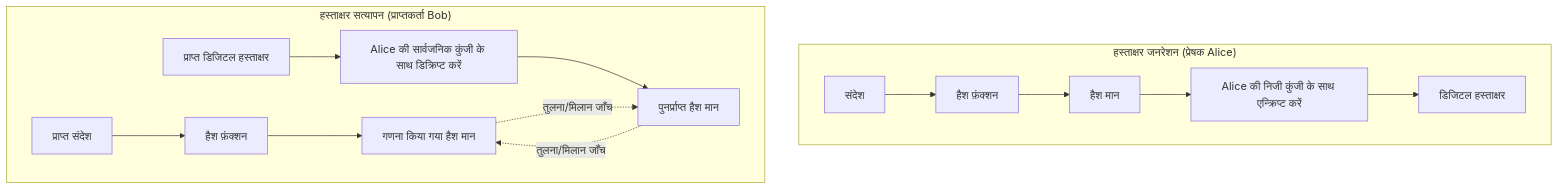
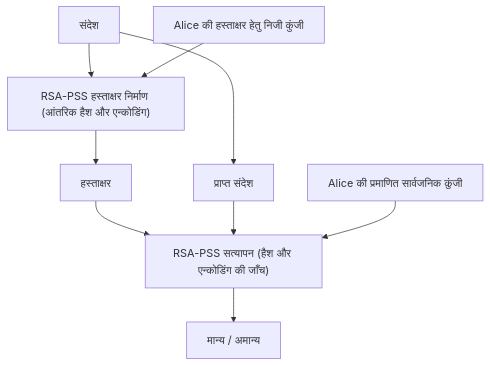
Before and after one commit to kenjinote/blog: the second of 3 diagrams in content/post/modern-cryptography-public-key-hash-signature/index.hi.md, drawn with Mermaid. The commit also changed other lines of this file and 5 other files, not shown here.

````diff
--- a/content/post/modern-cryptography-public-key-hash-signature/index.hi.md
+++ b/content/post/modern-cryptography-public-key-hash-signature/index.hi.md
@@ -231,20 +217,11 @@
 ```mermaid
 graph TD
-    subgraph "हस्ताक्षर जनरेशन (प्रेषक Alice)"
-        M1["संदेश"] --> H1["हैश फ़ंक्शन"]
-        H1 --> Hash1["हैश मान"]
-        Hash1 --> Sign["Alice की निजी कुंजी के साथ एन्क्रिप्ट करें"]
-        Sign --> Sig["डिजिटल हस्ताक्षर"]
-    end
-
-    subgraph "हस्ताक्षर सत्यापन (प्राप्तकर्ता Bob)"
-        M2["प्राप्त संदेश"] --> H2["हैश फ़ंक्शन"]
-        H2 --> Hash2["गणना किया गया हैश मान"]
-        
-        Sig2["प्राप्त डिजिटल हस्ताक्षर"] --> Ver["Alice की सार्वजनिक कुंजी के साथ डिक्रिप्ट करें"]
-        Ver --> Hash3["पुनर्प्राप्त हैश मान"]
-        
-        Hash2 -.->|"तुलना/मिलान जाँच"| Hash3
-        Hash3 -.->|"तुलना/मिलान जाँच"| Hash2
-    end
+    M["संदेश"] --> S["RSA-PSS हस्ताक्षर निर्माण (आंतरिक हैश और एन्कोडिंग)"]
+    SK["Alice की हस्ताक्षर हेतु निजी कुंजी"] --> S
+    S --> SIG["हस्ताक्षर"]
+    M --> RM["प्राप्त संदेश"]
+    SIG --> V["RSA-PSS सत्यापन (हैश और एन्कोडिंग की जाँच)"]
+    RM --> V
+    PK["Alice की प्रमाणित सार्वजनिक कुंजी"] --> V
+    V --> R["मान्य / अमान्य"]
 ```
````
